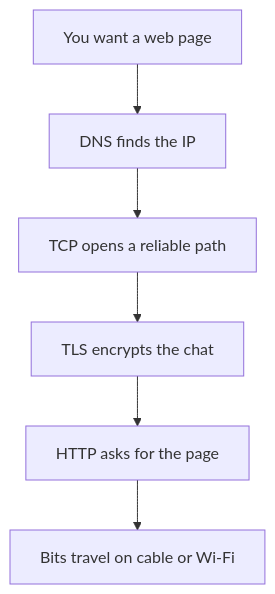
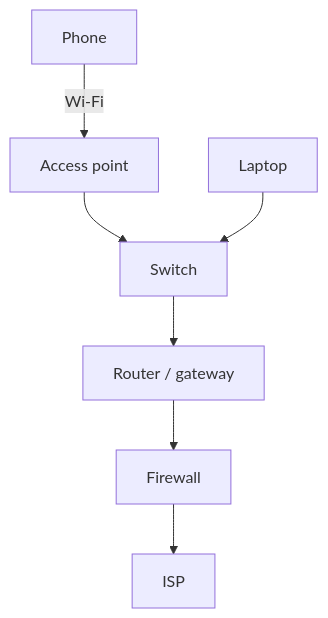
Before and after one commit to omnayak27199/pktana: the fifth of 7 diagrams in learning/01-what-is-networking.md, drawn with Mermaid. The commit also changed other lines of this file and 14 other files, not shown here.

````diff
--- a/learning/01-what-is-networking.md
+++ b/learning/01-what-is-networking.md
@@ -51,8 +183,9 @@
 ```mermaid
 flowchart TB
-  Want[You want a web page] --> Name[DNS finds the IP]
-  Name --> Ride[TCP opens a reliable path]
-  Ride --> Secure[TLS encrypts the chat]
-  Secure --> Fetch[HTTP asks for the page]
-  Fetch --> Wire[Bits travel on cable or Wi‑Fi]
+  Phone[Phone] -->|Wi-Fi| AP[Access point]
+  AP --> SW[Switch]
+  PC[Laptop] --> SW
+  SW --> RTR[Router / gateway]
+  RTR --> FW[Firewall]
+  FW --> ISP[ISP]
 ```
````
